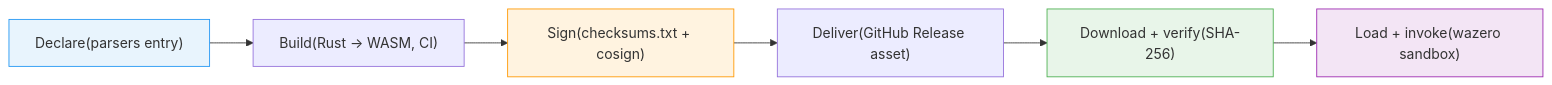
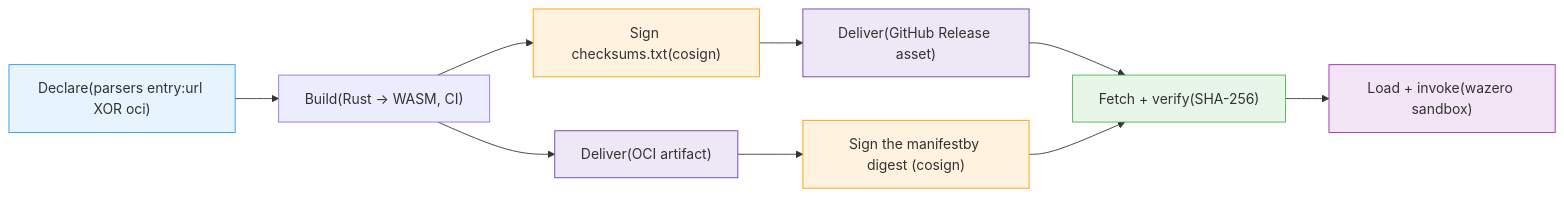
One commit to datamitsu/datamitsu changed the first of 3 diagrams in internal/llmsdocs/embed/pages/guides/architecture/parsers.md. Above: the diagram before and after it, drawn with Mermaid. The commit also changed other lines of this file and 47 other files, not shown here.

First line of the commit message:
feat(parsers): pull WASM parser modules from an OCI registry (#253)

````diff
--- a/internal/llmsdocs/embed/pages/guides/architecture/parsers.md
+++ b/internal/llmsdocs/embed/pages/guides/architecture/parsers.md
@@ -79,13 +83,19 @@
 ```mermaid
 graph LR
-    A["Declare(parsers entry)"] --> B["Build(Rust → WASM, CI)"]
-    B --> C["Sign(checksums.txt + cosign)"]
-    C --> D["Deliver(GitHub Release asset)"]
-    D --> E["Download + verify(SHA-256)"]
+    A["Declare(parsers entry:url XOR oci)"] --> B["Build(Rust → WASM, CI)"]
+    B --> C1["Sign checksums.txt(cosign)"]
+    C1 --> D1["Deliver(GitHub Release asset)"]
+    B --> D2["Deliver(OCI artifact)"]
+    D2 --> C2["Sign the manifestby digest (cosign)"]
+    D1 --> E["Fetch + verify(SHA-256)"]
+    C2 --> E
     E --> F["Load + invoke(wazero sandbox)"]
 
     style A fill:#e8f4fd,stroke:#2196f3
-    style C fill:#fff3e0,stroke:#ff9800
+    style C1 fill:#fff3e0,stroke:#ff9800
+    style C2 fill:#fff3e0,stroke:#ff9800
+    style D1 fill:#ede7f6,stroke:#673ab7
+    style D2 fill:#ede7f6,stroke:#673ab7
     style E fill:#e8f5e9,stroke:#4caf50
     style F fill:#f3e5f5,stroke:#9c27b0
 ```
````
